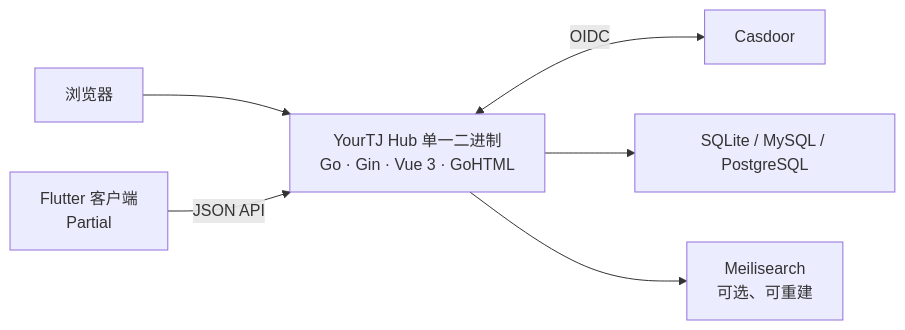
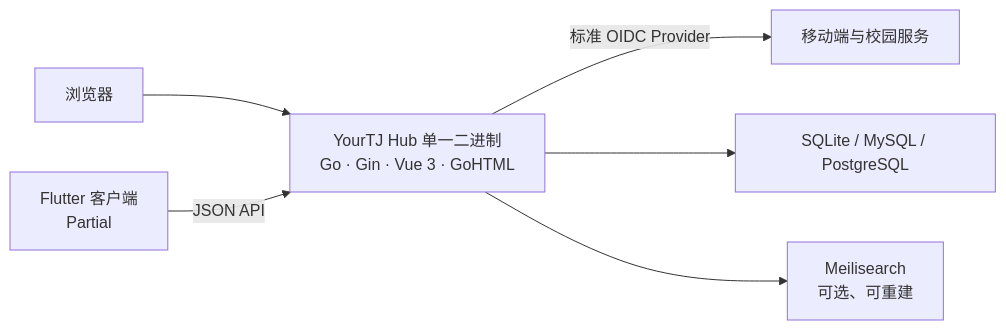
Before and after one commit to YourTongji/YourTJ-Hub: the diagram in README.md, drawn with Mermaid. The commit also changed other lines of this file and 72 other files, not shown here.

First line of the commit message:
feat: add built-in OIDC provider

````diff
--- a/README.md
+++ b/README.md
@@ -54,8 +54,8 @@
 ```mermaid
 flowchart LR
     Browser["浏览器"] --> Hub["YourTJ Hub 单一二进制<br/>Go · Gin · Vue 3 · GoHTML"]
     Mobile["Flutter 客户端<br/>Partial"] -->|JSON API| Hub
-    Hub <-->|OIDC| Casdoor["Casdoor"]
+    Hub -->|标准 OIDC Provider| Clients["移动端与校园服务"]
     Hub --> DB["SQLite / MySQL / PostgreSQL"]
     Hub --> Search["Meilisearch<br/>可选、可重建"]
 ```
````
